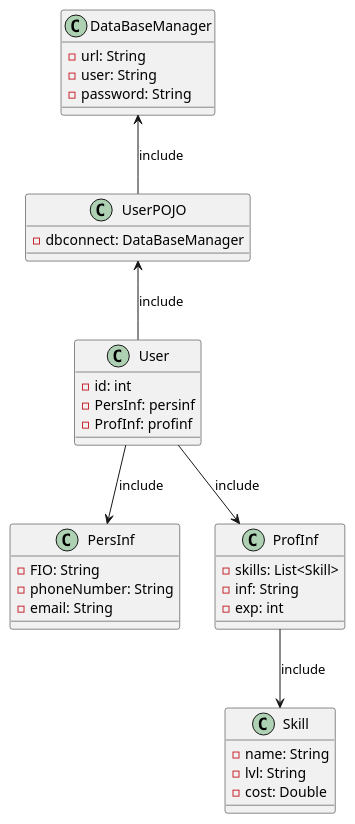
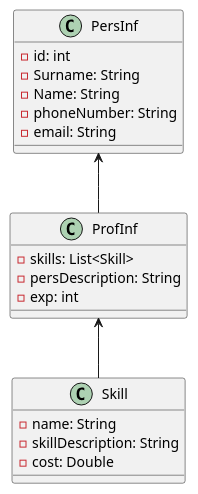
One commit to Xastt/SkillSwapArchitecture changed the diagram in src/main/uml/ClassDiagramWithoutMethods.puml. Above: the diagram before and after it, drawn with PlantUML. The commit also changed 3 other files, not shown here.

Commit message:
Change uml diagram

```diff
--- a/src/main/uml/ClassDiagramWithoutMethods.puml
+++ b/src/main/uml/ClassDiagramWithoutMethods.puml
@@ -1,47 +1,29 @@
 @startuml
 
-
-class User {
+class PersInf {
     -id: int
-    -PersInf: persinf
-    -ProfInf: profinf
-}
-
-class PersInf {
-    -FIO: String
+    -Surname: String
+    -Name: String
     -phoneNumber: String
     -email: String
+
 }
 
 class ProfInf {
     -skills: List<Skill>
-    -inf: String
+    -persDescription: String
     -exp: int
+
 }
 
 class Skill {
     -name: String
-    -lvl: String
+    -skillDescription: String
     -cost: Double
+
 }
 
-
-
-class DataBaseManager {
-    -url: String
-    -user: String
-    -password: String
-}
-
-class UserPOJO{
-    -dbconnect: DataBaseManager
-}
-
-User --> PersInf : include
-User --> ProfInf : include
-ProfInf --> Skill : include
-DataBaseManager <-- UserPOJO : include
-UserPOJO <-- User : include
-
+PersInf <-- ProfInf
+ProfInf <-- Skill
 
 @enduml
```
